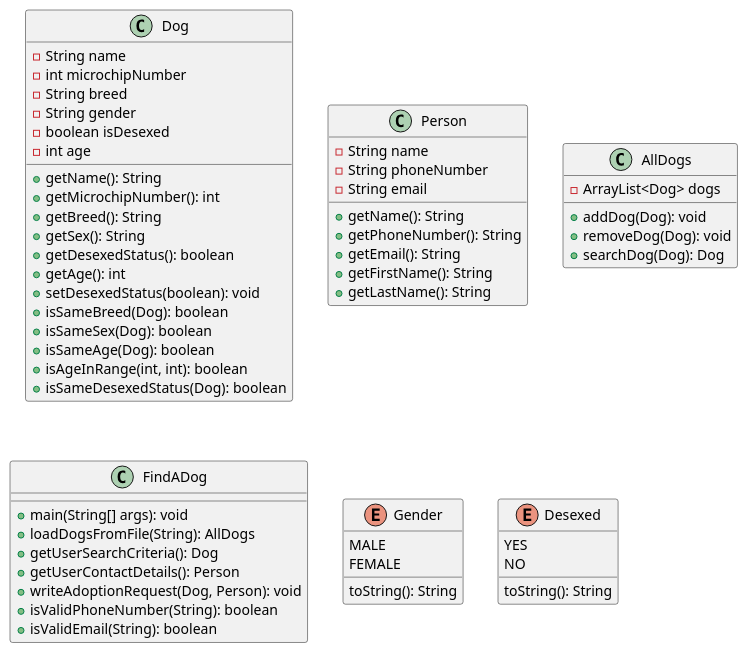
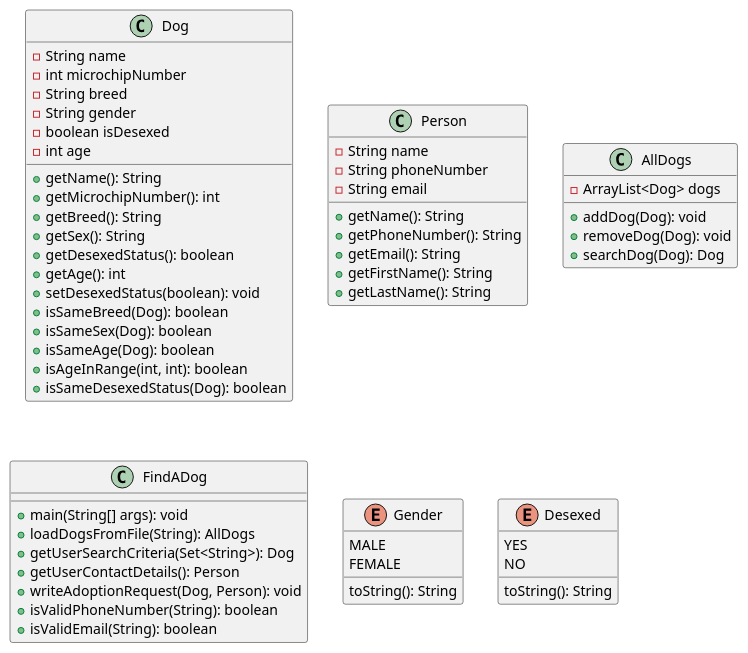
Before and after one commit to dangoodie/cosc120: the diagram in tutorials/tutorial4/DesignDiagram.md, drawn with PlantUML. The commit also changed 3 other files, not shown here.

````diff
--- a/tutorials/tutorial4/DesignDiagram.md
+++ b/tutorials/tutorial4/DesignDiagram.md
@@ -2,64 +2,64 @@
 ```plantuml
 @startuml
 class Dog {
     - String name
     - int microchipNumber
     - String breed
     - String gender
     - boolean isDesexed
     - int age
     + getName(): String
     + getMicrochipNumber(): int
     + getBreed(): String
     + getSex(): String
     + getDesexedStatus(): boolean
     + getAge(): int
     + setDesexedStatus(boolean): void
     + isSameBreed(Dog): boolean
     + isSameSex(Dog): boolean
     + isSameAge(Dog): boolean
     + isAgeInRange(int, int): boolean
     + isSameDesexedStatus(Dog): boolean
 }
 
 class Person {
     - String name
     - String phoneNumber
     - String email
     + getName(): String
     + getPhoneNumber(): String
     + getEmail(): String
     + getFirstName(): String
     + getLastName(): String
 }
 
 class AllDogs {
     - ArrayList<Dog> dogs
     + addDog(Dog): void
     + removeDog(Dog): void
     + searchDog(Dog): Dog
 }
 
 class FindADog {
     + main(String[] args): void
     + loadDogsFromFile(String): AllDogs
-    + getUserSearchCriteria(): Dog
+    + getUserSearchCriteria(Set<String>): Dog
     + getUserContactDetails(): Person
     + writeAdoptionRequest(Dog, Person): void
     + isValidPhoneNumber(String): boolean
     + isValidEmail(String): boolean
 }
 
 enum Gender {
     MALE
     FEMALE
     toString(): String  
 }
 
 enum Desexed {
     YES
     NO
     toString(): String
 }
 @enduml
 ```
````
